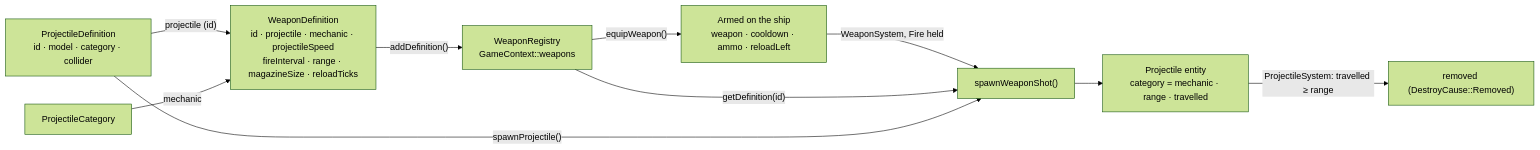
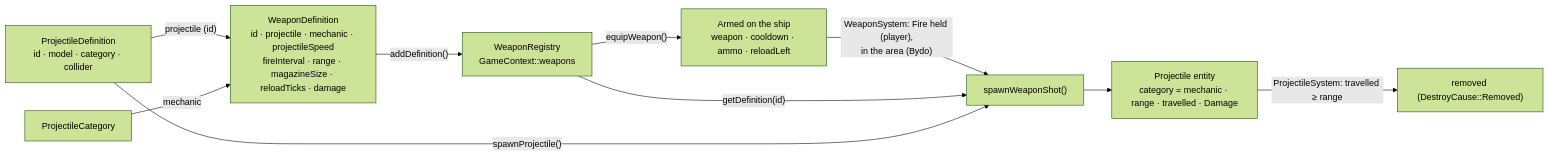
One commit to Akinator31/Rtype changed the fifth of 10 diagrams in docs/architecture/game.md. Above: the diagram before and after it, drawn with Mermaid (forest theme). The commit also changed other lines of this file and 3 other files, not shown here.

````diff
--- a/docs/architecture/game.md
+++ b/docs/architecture/game.md
@@ -243,13 +260,13 @@
 ```mermaid
 flowchart LR
     Proj["ProjectileDefinition<br/>id · model · category · collider"] -- "projectile (id)" --> Def
     Cat["ProjectileCategory"] -- "mechanic" --> Def
-    Def["WeaponDefinition<br/>id · projectile · mechanic · projectileSpeed<br/>fireInterval · range · magazineSize · reloadTicks"]
+    Def["WeaponDefinition<br/>id · projectile · mechanic · projectileSpeed<br/>fireInterval · range · magazineSize · reloadTicks · damage"]
     Def -- "addDefinition()" --> Reg["WeaponRegistry<br/>GameContext::weapons"]
     Reg -- "equipWeapon()" --> Armed["Armed on the ship<br/>weapon · cooldown · ammo · reloadLeft"]
-    Armed -- "WeaponSystem, Fire held" --> Shot["spawnWeaponShot()"]
+    Armed -- "WeaponSystem: Fire held (player),<br/>in the area (Bydo)" --> Shot["spawnWeaponShot()"]
     Reg -- "getDefinition(id)" --> Shot
     Proj -- "spawnProjectile()" --> Shot
-    Shot --> Ent["Projectile entity<br/>category = mechanic · range · travelled"]
+    Shot --> Ent["Projectile entity<br/>category = mechanic · range · travelled · Damage"]
     Ent -- "ProjectileSystem: travelled ≥ range" --> Gone["removed (DestroyCause::Removed)"]
 ```
````
